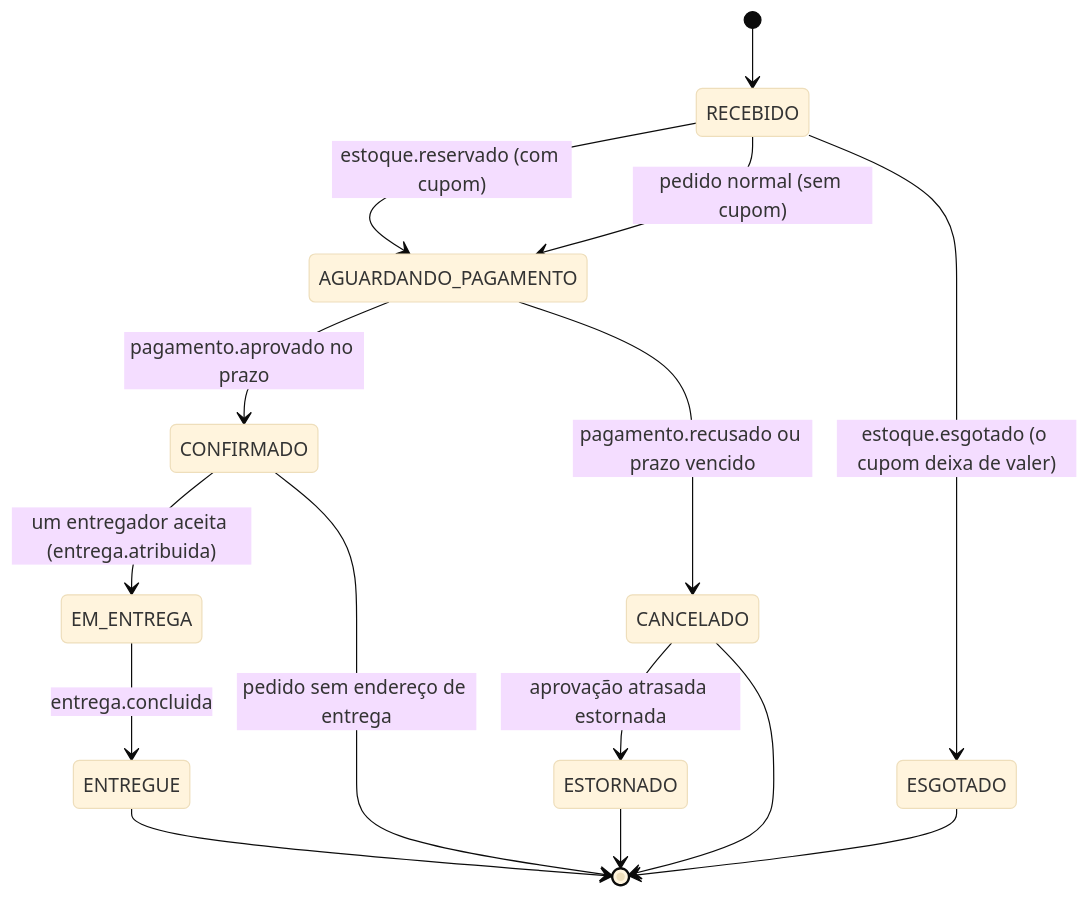
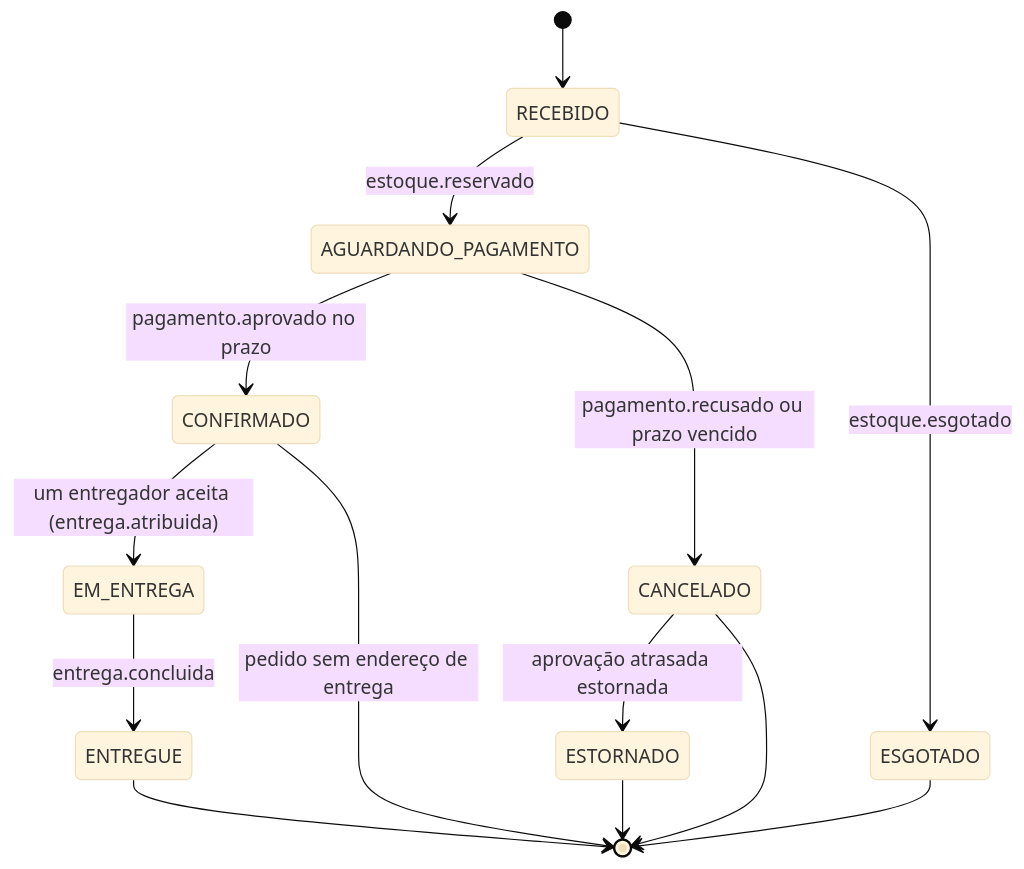
The third of 3 diagrams in docs/ESPECIFICACAO.md (yurirrabelo/5bitsdelivery), drawn with Mermaid (base theme) before and after one commit. The commit also changed other lines of this file and 67 other files, not shown here.

````diff
--- a/docs/ESPECIFICACAO.md
+++ b/docs/ESPECIFICACAO.md
@@ -109,17 +109,16 @@
 ```mermaid
 stateDiagram-v2
     [*] --> RECEBIDO
-    RECEBIDO --> AGUARDANDO_PAGAMENTO: estoque.reservado (com cupom)
-    RECEBIDO --> AGUARDANDO_PAGAMENTO: pedido normal (sem cupom)
-    RECEBIDO --> ESGOTADO: estoque.esgotado (o cupom deixa de valer)
+    RECEBIDO --> AGUARDANDO_PAGAMENTO: estoque.reservado
+    RECEBIDO --> ESGOTADO: estoque.esgotado
     AGUARDANDO_PAGAMENTO --> CONFIRMADO: pagamento.aprovado no prazo
     AGUARDANDO_PAGAMENTO --> CANCELADO: pagamento.recusado ou prazo vencido
     CANCELADO --> ESTORNADO: aprovação atrasada estornada
     CONFIRMADO --> EM_ENTREGA: um entregador aceita (entrega.atribuida)
     EM_ENTREGA --> ENTREGUE: entrega.concluida
     CONFIRMADO --> [*]: pedido sem endereço de entrega
     ESGOTADO --> [*]
     CANCELADO --> [*]
     ESTORNADO --> [*]
     ENTREGUE --> [*]
 ```
````
